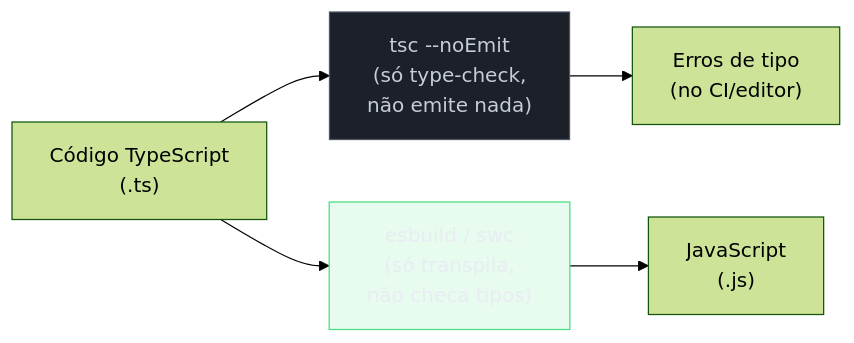
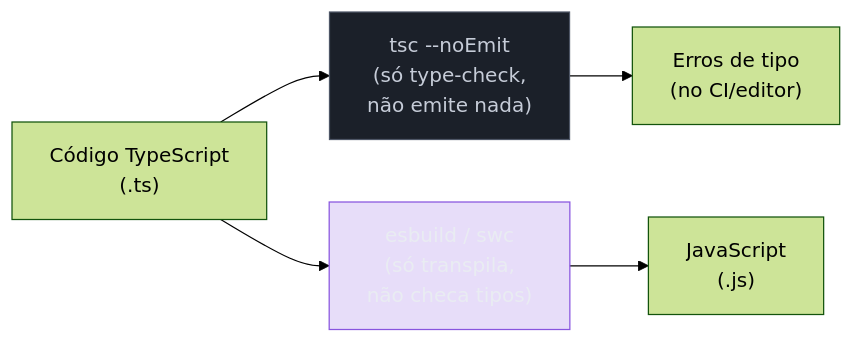
The eighth of 8 diagrams in 03-Dominios/Tecnologia/TypeScript/25 - TypeScript em escala - performance do compilador e project references.md (josenaldo/codex-technomanticus), drawn with Mermaid (forest theme) before and after one commit. The commit also changed other lines of this file and 601 other files, not shown here.

````diff
--- a/03-Dominios/Tecnologia/TypeScript/25 - TypeScript em escala - performance do compilador e project references.md
+++ b/03-Dominios/Tecnologia/TypeScript/25 - TypeScript em escala - performance do compilador e project references.md
@@ -579,18 +579,18 @@
 ```mermaid
 graph LR
+    classDef marca fill:#8855DF33,stroke:#8855DF,color:#E9ECF2
     classDef neutro fill:#1B2029,stroke:#4E5666,color:#C6CCD8
-    classDef ok fill:#4ADE8021,stroke:#4ADE80,color:#E9ECF2
     SRC["Código TypeScript\n(.ts)"]
 
     TSC["tsc --noEmit\n(só type-check,\nnão emite nada)"]
     BUILD["esbuild / swc\n(só transpila,\nnão checa tipos)"]
 
     JS["JavaScript\n(.js)"]
     ERRORS["Erros de tipo\n(no CI/editor)"]
 
     SRC --> TSC --> ERRORS
     SRC --> BUILD --> JS
 
     class TSC neutro
-    class BUILD ok
+    class BUILD marca
 ```
````
